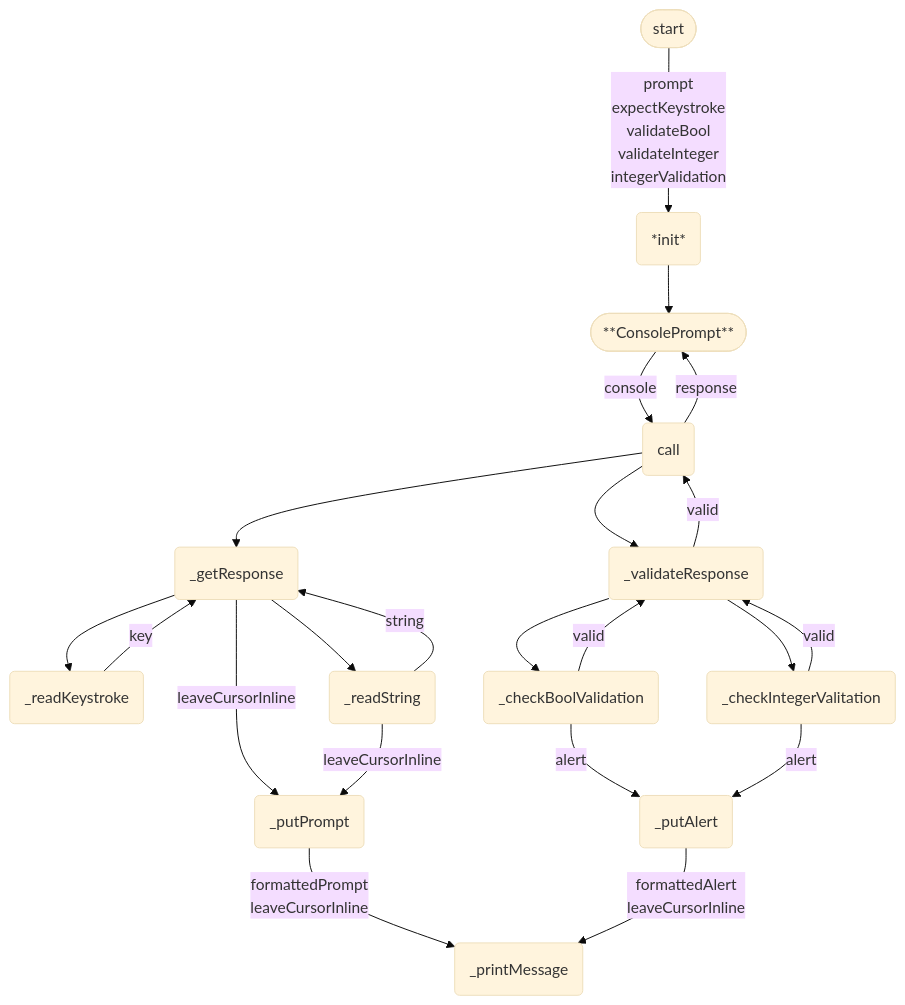
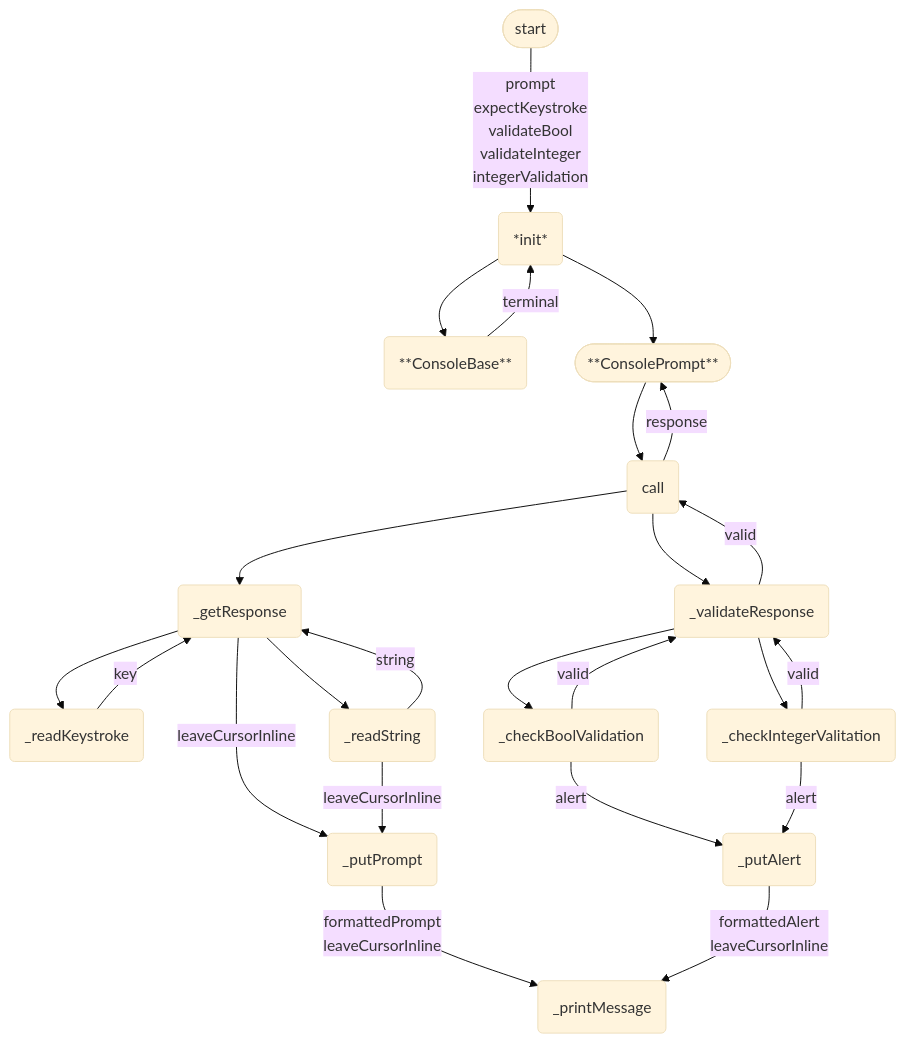
The sixth of 26 diagrams in pyScripts/docs/console.md (7s4e/p3), drawn with Mermaid (base theme) before and after one commit. The commit also changed other lines of this file and 7 other files, not shown here.

````diff
--- a/pyScripts/docs/console.md
+++ b/pyScripts/docs/console.md
@@ -58,43 +100,46 @@
 ```mermaid
 graph
     STRT([start])
         STRT -- prompt
                 expectKeystroke
                 validateBool
                 validateInteger
                 integerValidation --> INIT
     INIT(*init*)
-        INIT --> MAIN
+        INIT              --> BASE
+        BASE -- terminal --> INIT
+        INIT              --> MAIN
+    BASE(**ConsoleBase**)
     MAIN([**ConsolePrompt**])
-        MAIN -- console  --> CALL
+        MAIN             --> CALL
         CALL -- response --> MAIN
     CALL(call)
         CALL          --> GRSP
         CALL          --> VRSP
         VRSP -- valid --> CALL
     GRSP(_getResponse)
         GRSP                      --> RDKY
         RDKY -- key               --> GRSP
         GRSP                      --> RDST
         RDST -- string            --> GRSP
         GRSP -- leaveCursorInline --> PUTP
     RDKY(_readKeystroke)
     RDST(_readString)
         RDST -- leaveCursorInline --> PUTP
     VRSP(_validateResponse)
         VRSP          --> CBOL
         CBOL -- valid --> VRSP
         VRSP          --> CINT
         CINT -- valid --> VRSP
     CBOL(_checkBoolValidation)
         CBOL -- alert --> PUTA
     CINT(_checkIntegerValitation)
         CINT -- alert --> PUTA
     PUTP(_putPrompt)
         PUTP -- formattedPrompt
                 leaveCursorInline --> PRNT
     PUTA(_putAlert)
         PUTA -- formattedAlert
                 leaveCursorInline --> PRNT
     PRNT(_printMessage)
 ```
````
